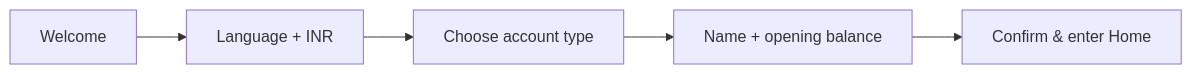
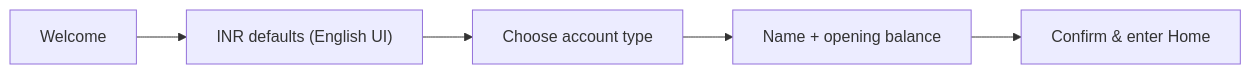
Before and after one commit to im-tnyx/Tio-Money: the second of 3 diagrams in docs/03-SCREEN-SPEC.md, drawn with Mermaid. The commit also changed other lines of this file and 7 other files, not shown here.

````diff
--- a/docs/03-SCREEN-SPEC.md
+++ b/docs/03-SCREEN-SPEC.md
@@ -165,7 +167,7 @@
 ```mermaid
 flowchart LR
-  W["Welcome"] --> L["Language + INR"]
+  W["Welcome"] --> L["INR defaults (English UI)"]
   L --> A["Choose account type"]
   A --> B["Name + opening balance"]
   B --> C["Confirm & enter Home"]
 ```
````
